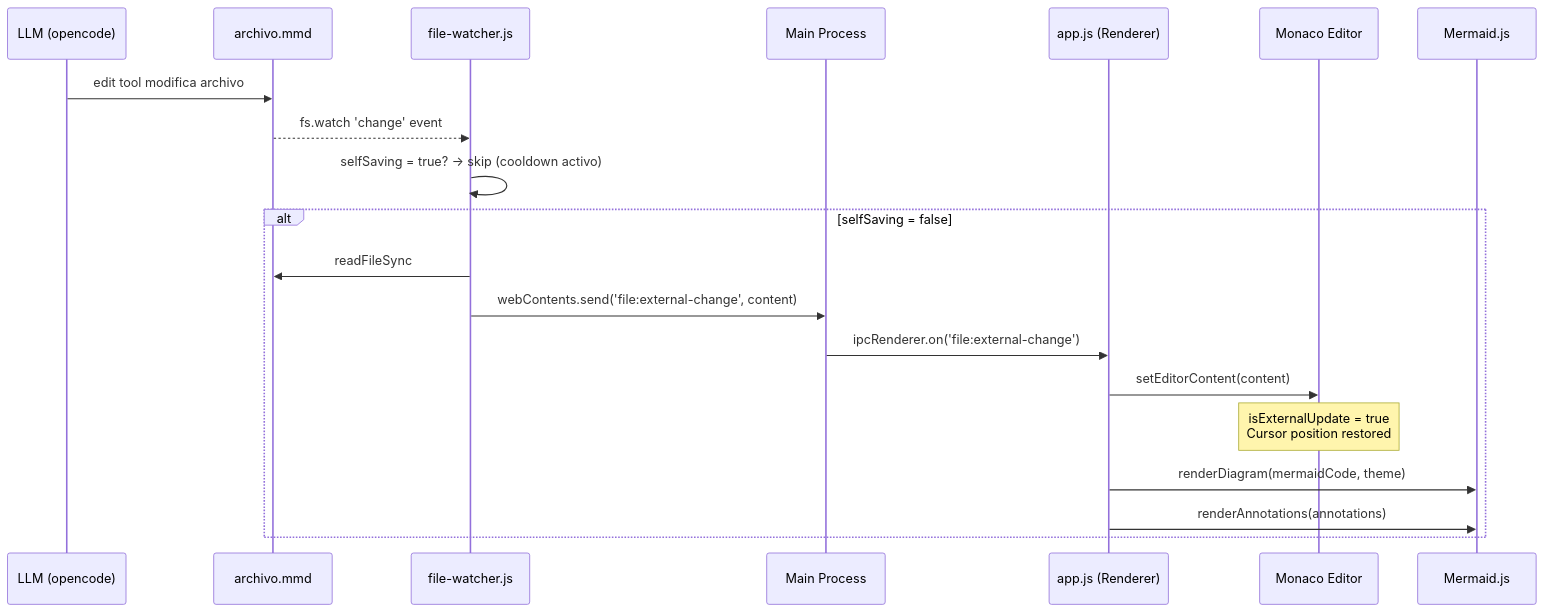
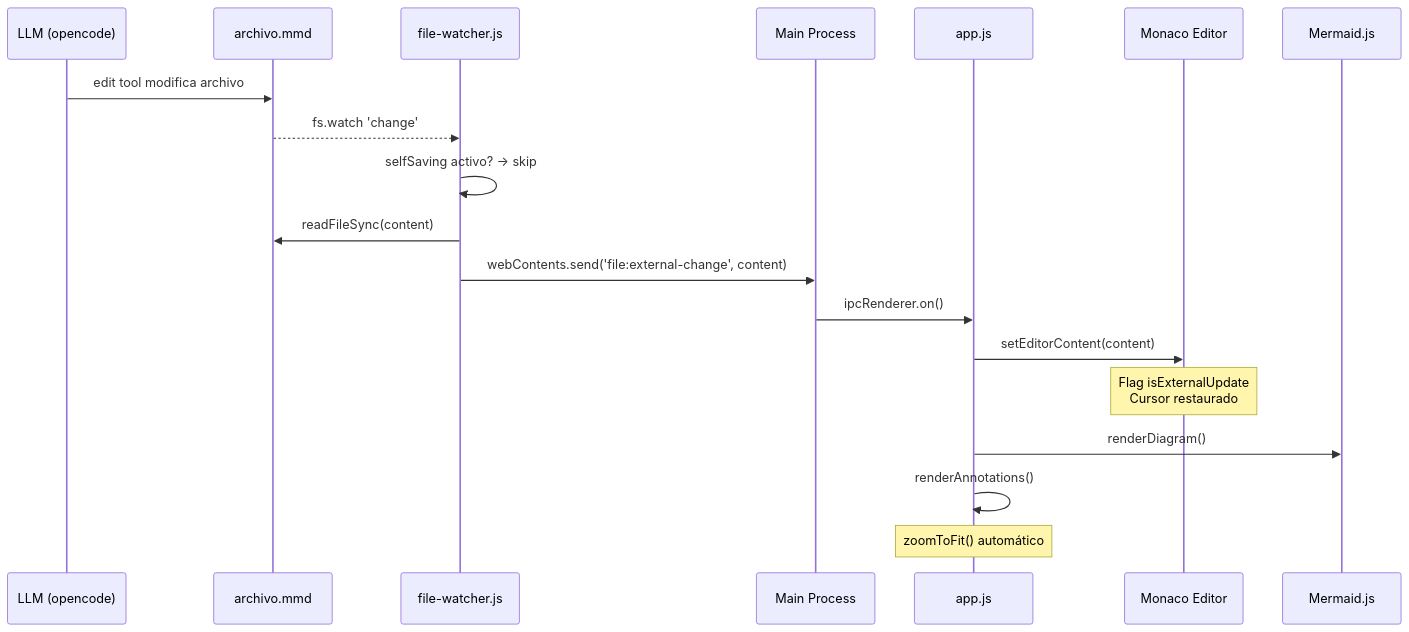
The fourth of 7 diagrams in README.md (BrunoEdPerezS/vizflow), drawn with Mermaid before and after one commit. The commit also changed other lines of this file, not shown here.

````diff
--- a/README.md
+++ b/README.md
@@ -69,23 +138,22 @@
 ```mermaid
 sequenceDiagram
     participant LLM as LLM (opencode)
     participant FS as archivo.mmd
     participant FW as file-watcher.js
     participant MP as Main Process
-    participant APP as app.js (Renderer)
+    participant APP as app.js
     participant ME as Monaco Editor
     participant MR as Mermaid.js
 
     LLM->>FS: edit tool modifica archivo
-    FS-->>FW: fs.watch 'change' event
-    FW->>FW: selfSaving = true? → skip (cooldown activo)
-    alt selfSaving = false
-        FW->>FS: readFileSync
-        FW->>MP: webContents.send('file:external-change', content)
-        MP->>APP: ipcRenderer.on('file:external-change')
-        APP->>ME: setEditorContent(content)
-        Note over ME: isExternalUpdate = true<br/>Cursor position restored
-        APP->>MR: renderDiagram(mermaidCode, theme)
-        APP->>MR: renderAnnotations(annotations)
-    end
+    FS-->>FW: fs.watch 'change'
+    FW->>FW: selfSaving activo? → skip
+    FW->>FS: readFileSync(content)
+    FW->>MP: webContents.send('file:external-change', content)
+    MP->>APP: ipcRenderer.on()
+    APP->>ME: setEditorContent(content)
+    Note over ME: Flag isExternalUpdate<br/>Cursor restaurado
+    APP->>MR: renderDiagram()
+    APP->>APP: renderAnnotations()
+    Note over APP: zoomToFit() automático
 ```
````
